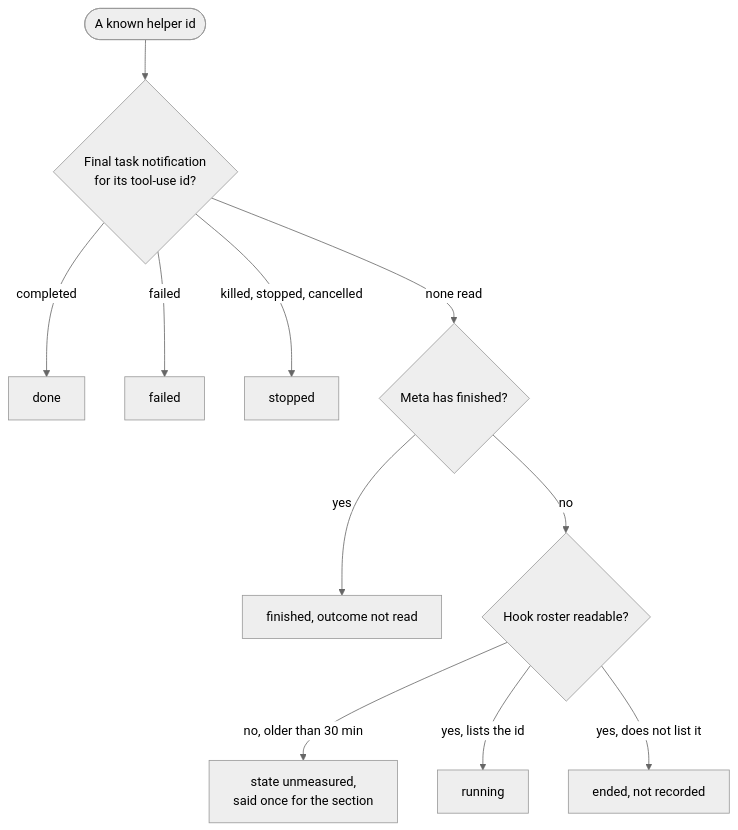
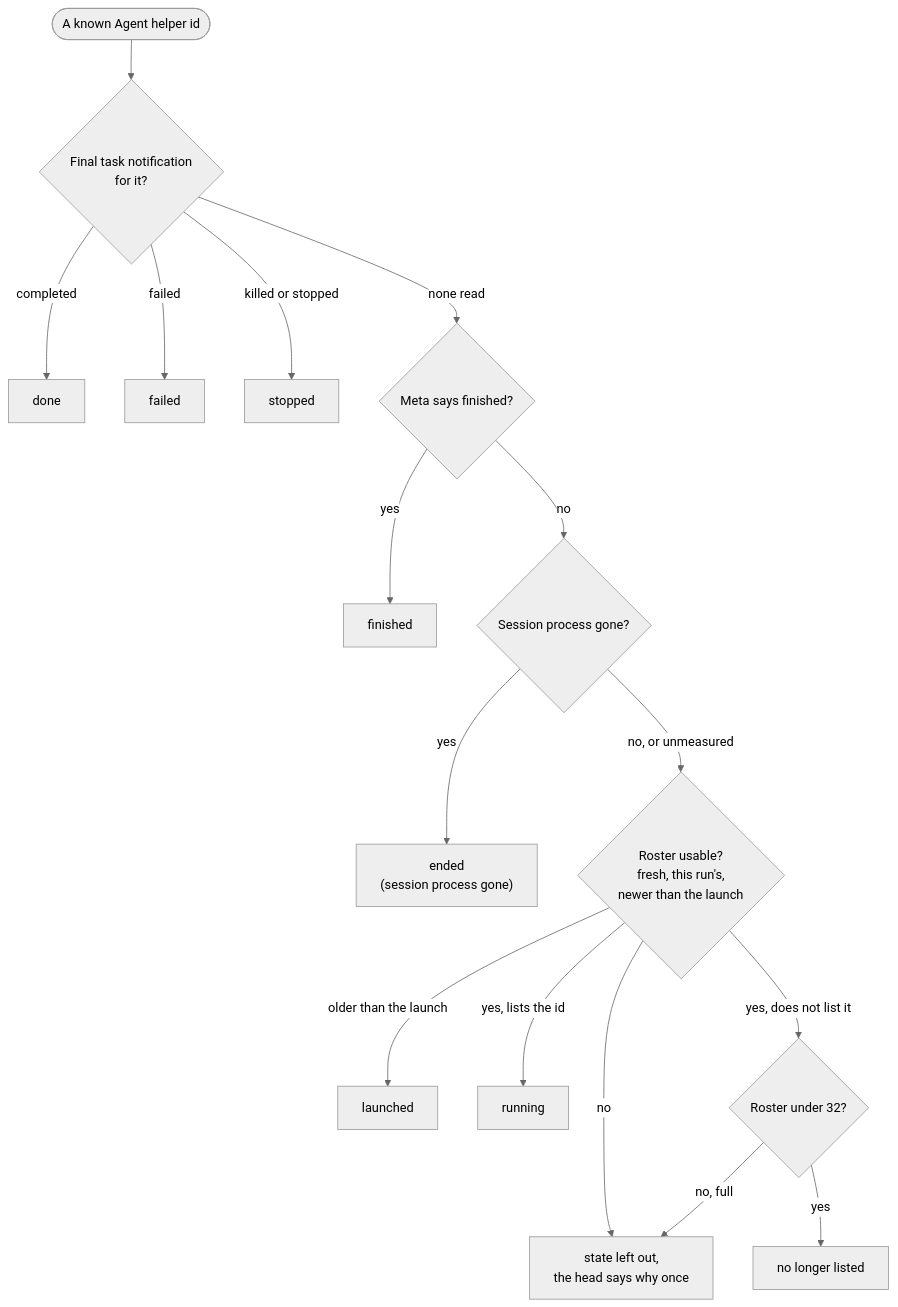
The second of 4 diagrams in docs/superpowers/specs/2026-11-19-session-helpers-design.md (Synapsium-Labs/ccrc-pwa), drawn with Mermaid (neutral theme) before and after one commit. The commit also changed other lines of this file and 6 other files, not shown here.

````diff
--- a/docs/superpowers/specs/2026-11-19-session-helpers-design.md
+++ b/docs/superpowers/specs/2026-11-19-session-helpers-design.md
@@ -147,13 +174,18 @@
 ```mermaid
 flowchart TB
-  S(["A known helper id"]) --> N{"Final task notification<br/>for its tool-use id?"}
+  S(["A known Agent helper id"]) --> N{"Final task notification<br/>for it?"}
   N -->|"completed"| D["done"]
   N -->|"failed"| F["failed"]
-  N -->|"killed, stopped, cancelled"| X["stopped"]
-  N -->|"none read"| M{"Meta has finished?"}
-  M -->|"yes"| E["finished, outcome not read"]
-  M -->|"no"| R{"Hook roster readable?"}
-  R -->|"no, older than 30 min"| U["state unmeasured,<br/>said once for the section"]
-  R -->|"yes, lists the id"| G["running"]
-  R -->|"yes, does not list it"| Q["ended, not recorded"]
+  N -->|"killed or stopped"| X["stopped"]
+  N -->|"none read"| M{"Meta says finished?"}
+  M -->|"yes"| E["finished"]
+  M -->|"no"| P{"Session process gone?"}
+  P -->|"yes"| G["ended<br/>(session process gone)"]
+  P -->|"no, or unmeasured"| R{"Roster usable?<br/>fresh, this run's,<br/>newer than the launch"}
+  R -->|"older than the launch"| L["launched"]
+  R -->|"no"| U["state left out,<br/>the head says why once"]
+  R -->|"yes, lists the id"| Y["running"]
+  R -->|"yes, does not list it"| C{"Roster under 32?"}
+  C -->|"yes"| Q["no longer listed"]
+  C -->|"no, full"| U
 ```
````
